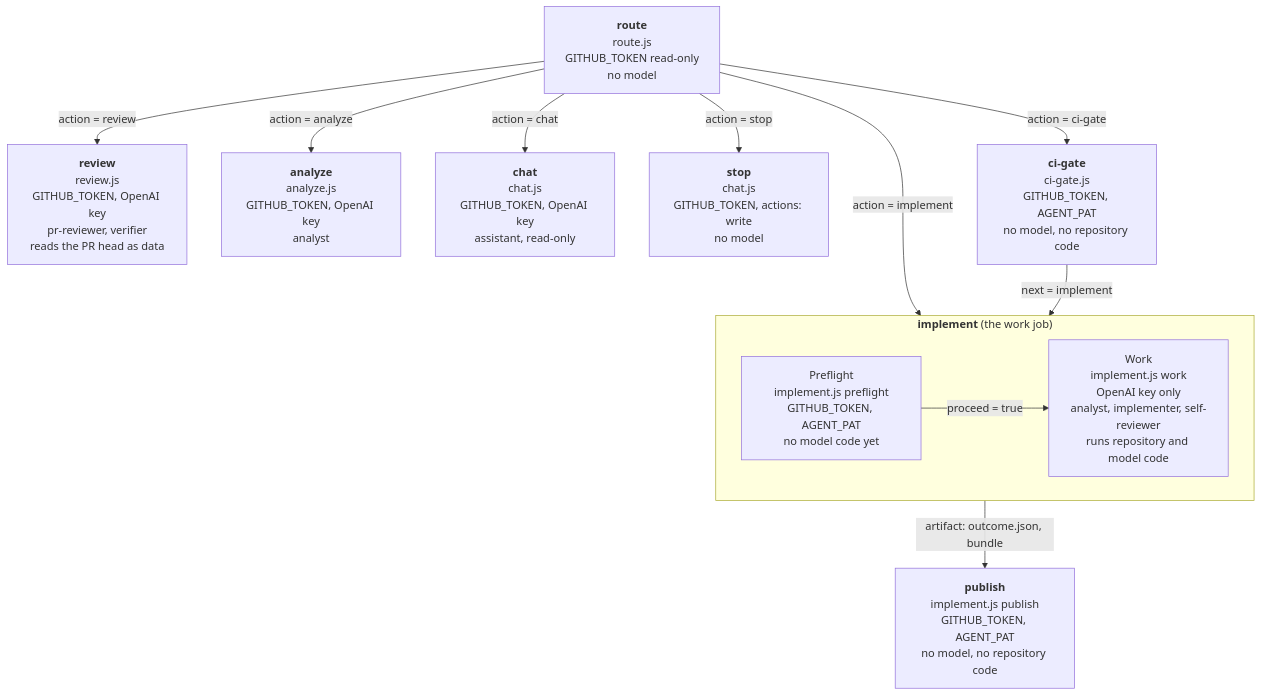
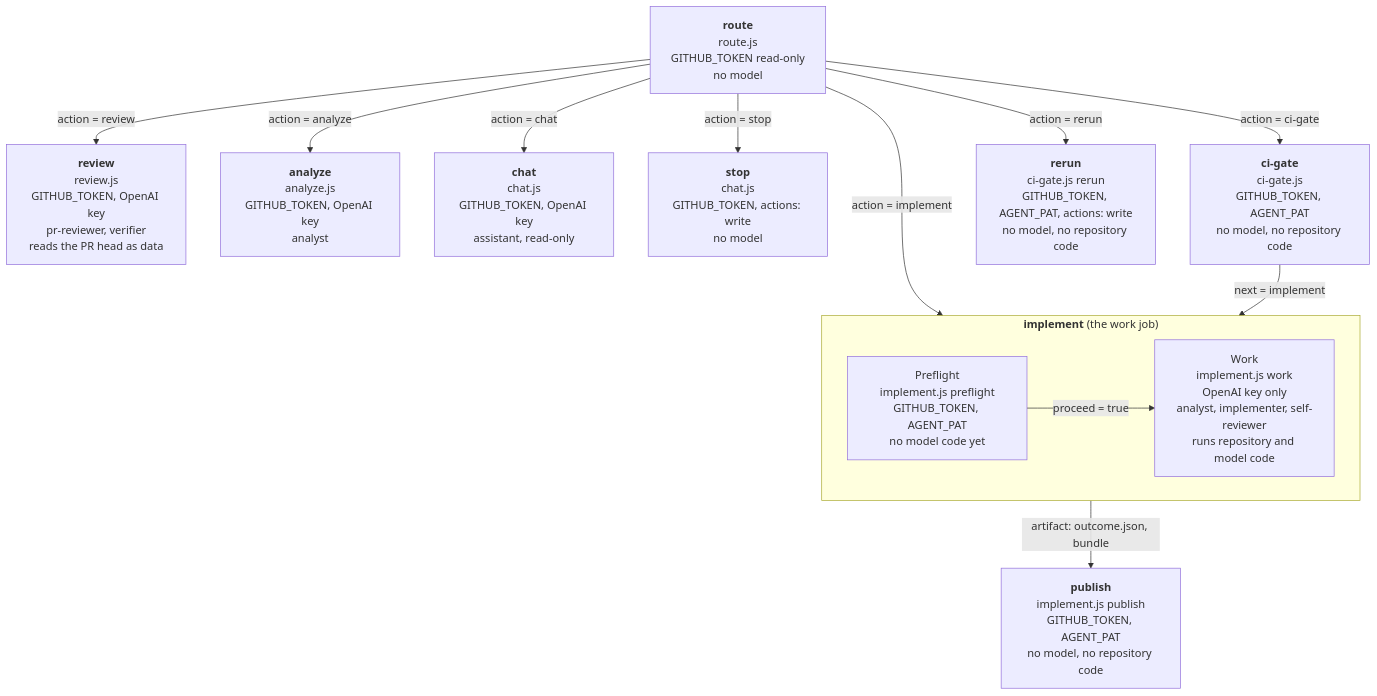
One commit to Netcracker/qubership-apihub changed the second of 10 diagrams in docs/internal/autonomous-agent/architecture.md. Above: the diagram before and after it, drawn with Mermaid. The commit also changed other lines of this file and 20 other files, not shown here.

First line of the commit message:
feat(ci): rerun flaky CI checks without a person in the AI Autonomous agent

````diff
--- a/docs/internal/autonomous-agent/architecture.md
+++ b/docs/internal/autonomous-agent/architecture.md
@@ -94,17 +94,18 @@
 ```mermaid
 flowchart TB
   ROUTE["<b>route</b><br/>route.js<br/>GITHUB_TOKEN read-only<br/>no model"]
   ROUTE -- "action = review" --> REVIEW["<b>review</b><br/>review.js<br/>GITHUB_TOKEN, OpenAI key<br/>pr-reviewer, verifier<br/>reads the PR head as data"]
   ROUTE -- "action = analyze" --> ANALYZE["<b>analyze</b><br/>analyze.js<br/>GITHUB_TOKEN, OpenAI key<br/>analyst"]
   ROUTE -- "action = chat" --> CHAT["<b>chat</b><br/>chat.js<br/>GITHUB_TOKEN, OpenAI key<br/>assistant, read-only"]
   ROUTE -- "action = stop" --> STOP["<b>stop</b><br/>chat.js<br/>GITHUB_TOKEN, actions: write<br/>no model"]
   ROUTE -- "action = ci-gate" --> GATE["<b>ci-gate</b><br/>ci-gate.js<br/>GITHUB_TOKEN, AGENT_PAT<br/>no model, no repository code"]
+  ROUTE -- "action = rerun" --> RERUN["<b>rerun</b><br/>ci-gate.js rerun<br/>GITHUB_TOKEN, AGENT_PAT, actions: write<br/>no model, no repository code"]
   ROUTE -- "action = implement" --> IMPL
   GATE -- "next = implement" --> IMPL
   subgraph IMPL["<b>implement</b> (the work job)"]
     PRE["Preflight<br/>implement.js preflight<br/>GITHUB_TOKEN, AGENT_PAT<br/>no model code yet"]
     WORK["Work<br/>implement.js work<br/>OpenAI key only<br/>analyst, implementer, self-reviewer<br/>runs repository and model code"]
     PRE -- "proceed = true" --> WORK
   end
   IMPL -- "artifact: outcome.json, bundle" --> PUB["<b>publish</b><br/>implement.js publish<br/>GITHUB_TOKEN, AGENT_PAT<br/>no model, no repository code"]
 ```
````
